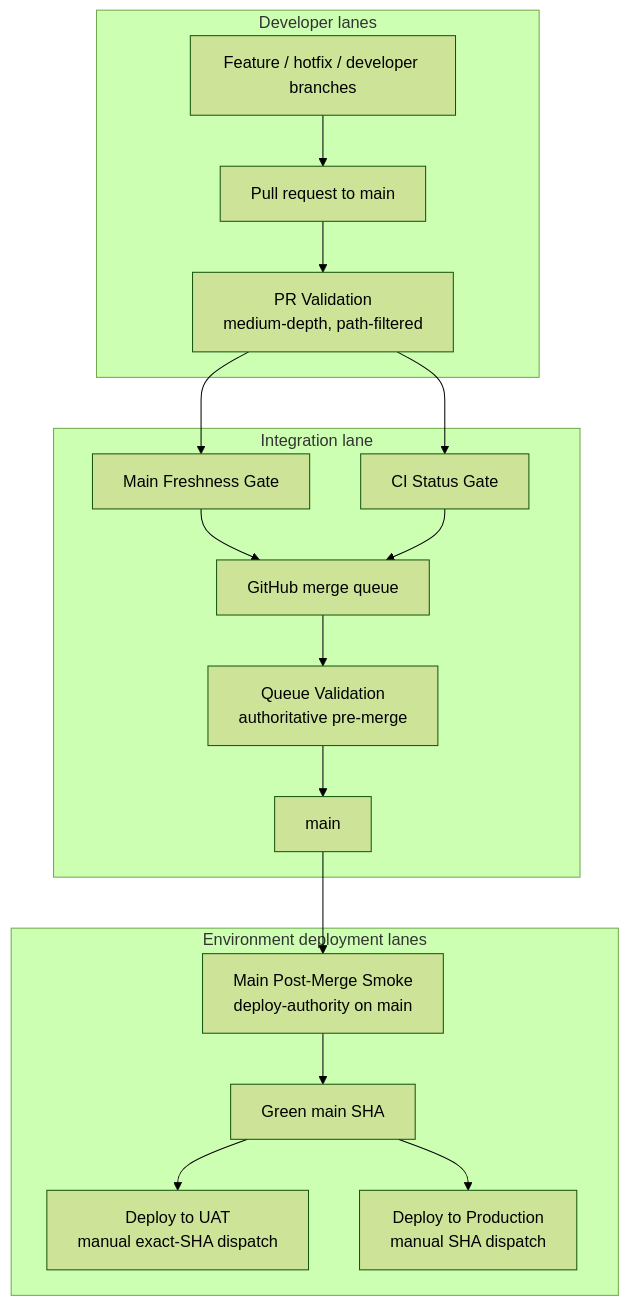
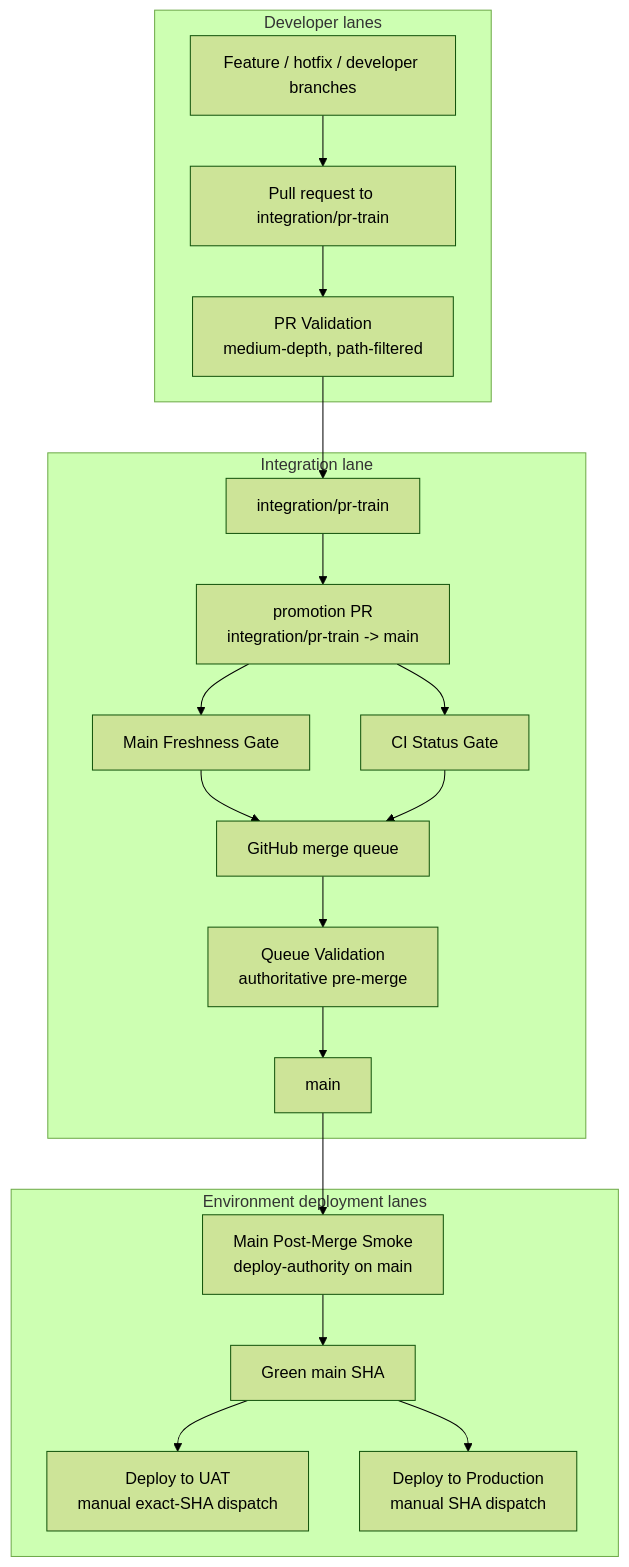
Before and after one commit to hushh-labs/hushh-research: the diagram in docs/reference/operations/ci.md, drawn with Mermaid (forest theme). The commit also changed other lines of this file and 4 other files, not shown here.

Commit message:
chore(ci): lock main promotion to pr train

````diff
--- a/docs/reference/operations/ci.md
+++ b/docs/reference/operations/ci.md
@@ -6,32 +6,34 @@
 ```mermaid
 flowchart TB
   subgraph dev["Developer lanes"]
     feat["Feature / hotfix / developer branches"]
-    pr["Pull request to main"]
+    pr["Pull request to integration/pr-train"]
     prci["PR Validation<br/>medium-depth, path-filtered"]
   end
 
   subgraph integration["Integration lane"]
+    train["integration/pr-train"]
+    promote["promotion PR<br/>integration/pr-train -> main"]
     freshness["Main Freshness Gate"]
     status["CI Status Gate"]
     queueci["Queue Validation<br/>authoritative pre-merge"]
     queue["GitHub merge queue"]
     main["main"]
   end
 
   subgraph release["Environment deployment lanes"]
     green["Green main SHA"]
     smoke["Main Post-Merge Smoke<br/>deploy-authority on main"]
     uat["Deploy to UAT<br/>manual exact-SHA dispatch"]
     prod["Deploy to Production<br/>manual SHA dispatch"]
   end
 
-  feat --> pr --> prci
-  prci --> freshness
-  prci --> status
+  feat --> pr --> prci --> train --> promote
+  promote --> freshness
+  promote --> status
   freshness --> queue
   status --> queue
   queue --> queueci --> main --> smoke --> green
   green --> uat
   green --> prod
 ```
````
